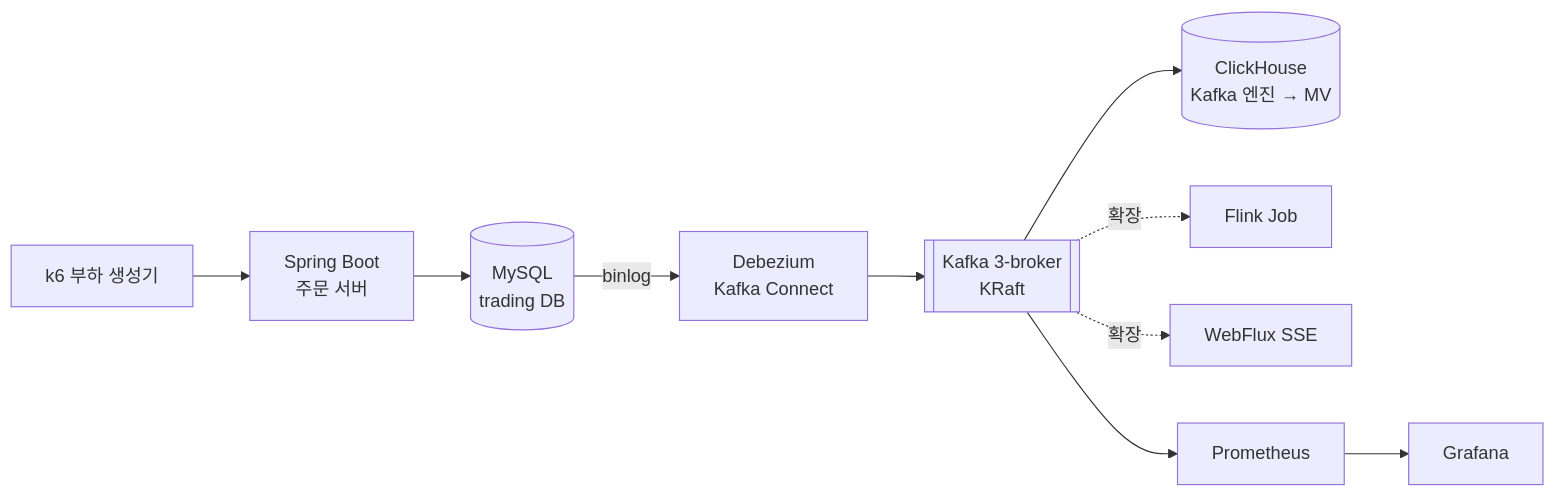
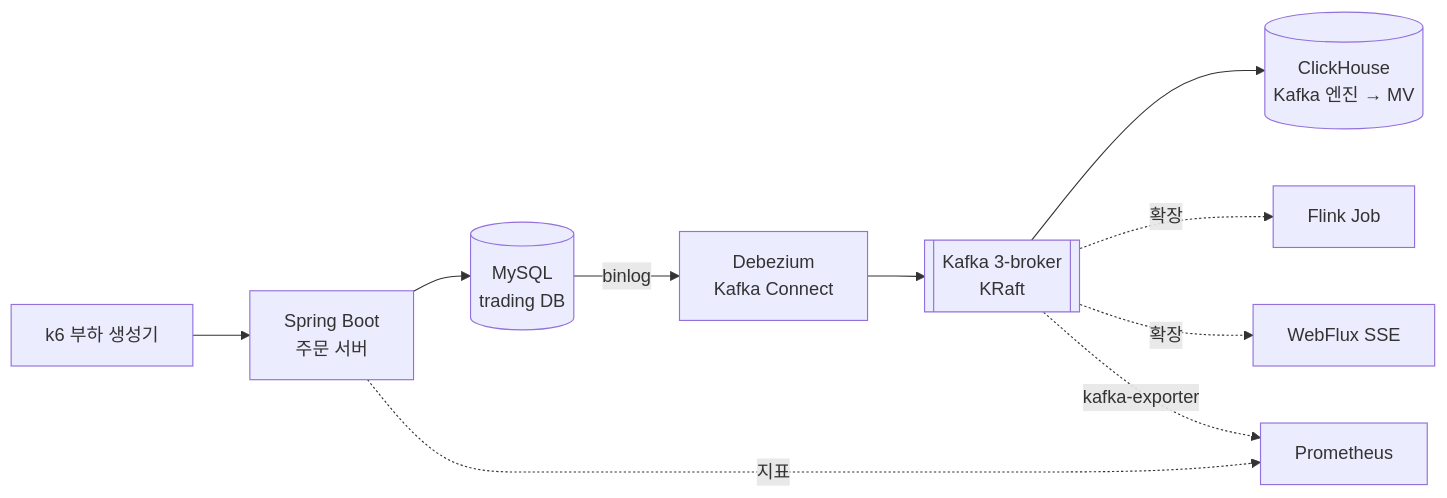
The diagram in README.md (hayeon7898/mini-trading-platform), drawn with Mermaid before and after one commit. The commit also changed other lines of this file, not shown here.

Commit message:
docs: README.md에 Prometheus 관련 내용 추가

````diff
--- a/README.md
+++ b/README.md
@@ -36,11 +36,12 @@
 ```mermaid
 flowchart LR
     K6[k6 부하 생성기] --> OS[Spring Boot<br/>주문 서버]
     OS --> MY[(MySQL<br/>trading DB)]
     MY -- binlog --> DBZ[Debezium<br/>Kafka Connect]
     DBZ --> KF[[Kafka 3-broker<br/>KRaft]]
     KF --> CH[(ClickHouse<br/>Kafka 엔진 → MV)]
     KF -.확장.-> FL[Flink Job]
     KF -.확장.-> SSE[WebFlux SSE]
-    KF --> PR[Prometheus] --> GF[Grafana]
+    OS -.지표.-> PR[Prometheus]
+    KF -.kafka-exporter.-> PR
 ```
````
